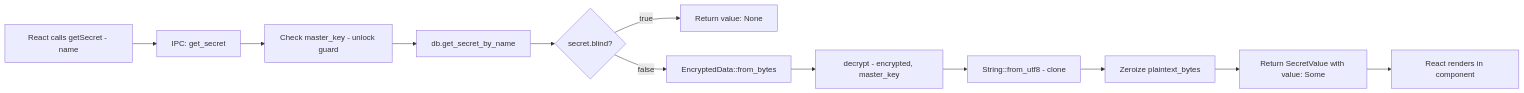
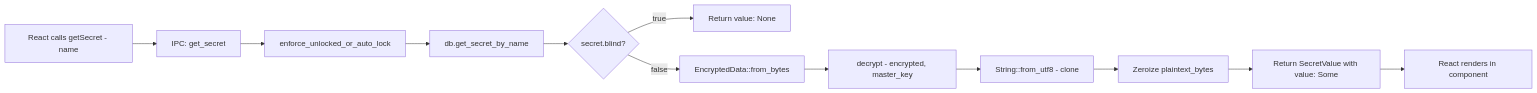
Before and after one commit to RynAgain/TamperMonkey-Secret-Manager: the third of 7 diagrams in plans/security-review.md, drawn with Mermaid. The commit also changed other lines of this file and 9 other files, not shown here.

````diff
--- a/plans/security-review.md
+++ b/plans/security-review.md
@@ -229,14 +483,14 @@
 ```mermaid
 graph LR
     A[React calls getSecret - name] --> B[IPC: get_secret]
-    B --> C[Check master_key - unlock guard]
+    B --> C[enforce_unlocked_or_auto_lock]
     C --> D[db.get_secret_by_name]
     D --> E{secret.blind?}
     E -->|true| F[Return value: None]
     E -->|false| G[EncryptedData::from_bytes]
     G --> H[decrypt - encrypted, master_key]
     H --> I[String::from_utf8 - clone]
     I --> J[Zeroize plaintext_bytes]
     J --> K[Return SecretValue with value: Some]
     K --> L[React renders in component]
 ```
````
